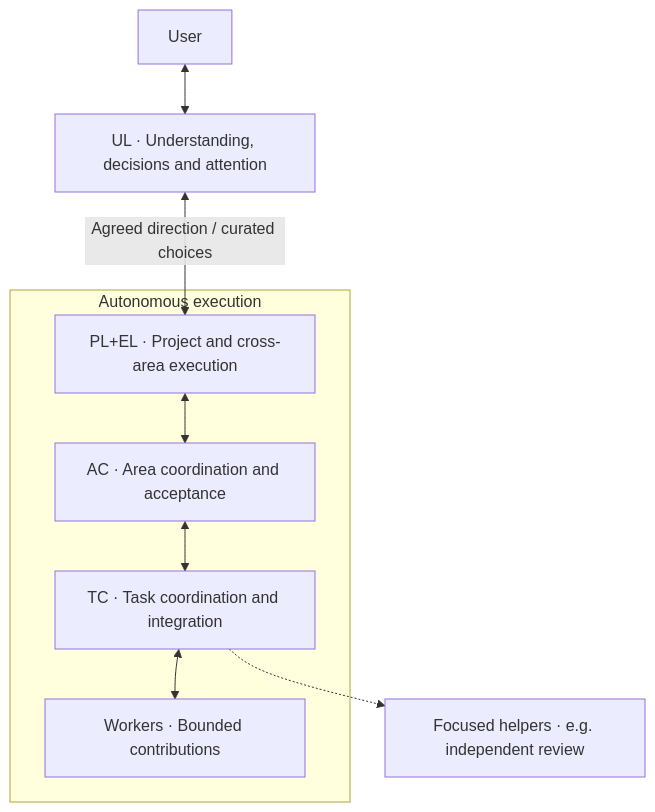
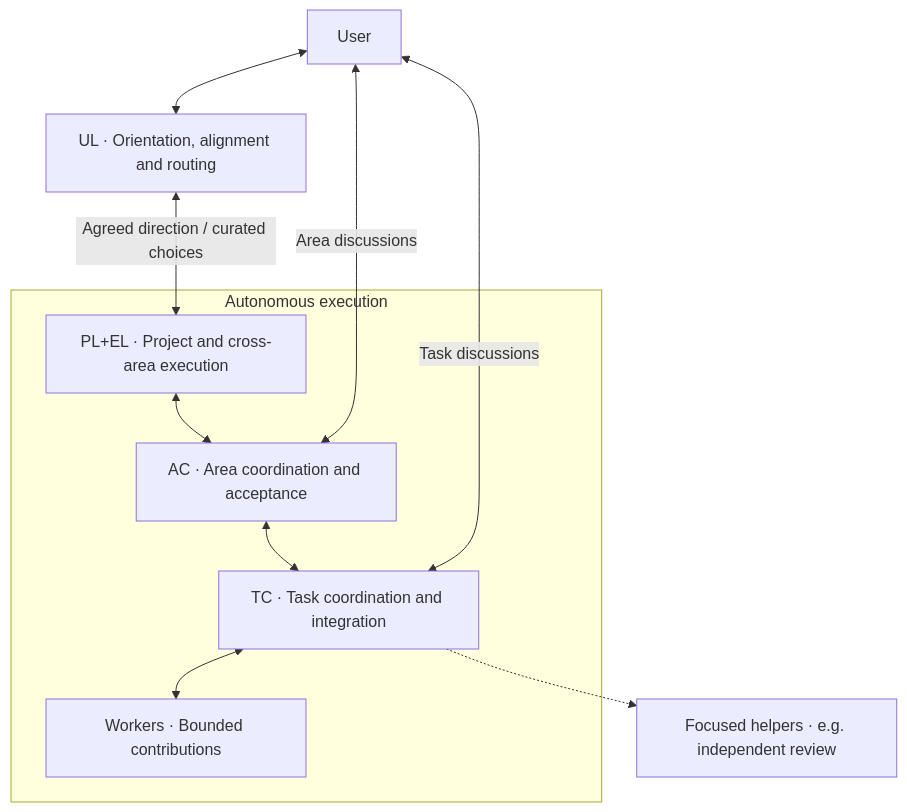
One commit to lleisner/agent-workflow changed the diagram in README.md. Above: the diagram before and after it, drawn with Mermaid. The commit also changed other lines of this file and 18 other files, not shown here.

Commit message:
Route focused user discussions to owners and clarify reports

````diff
--- a/README.md
+++ b/README.md
@@ -66,13 +66,15 @@
 ```mermaid
 flowchart TD
-    U[User] <--> UL["UL · Understanding, decisions and attention"]
+    U[User] <--> UL["UL · Orientation, alignment and routing"]
     UL <-->|Agreed direction / curated choices| Lead
     subgraph Execution[Autonomous execution]
         Lead["PL+EL · Project and cross-area execution"]
         Lead <--> AC["AC · Area coordination and acceptance"]
         AC <--> TC["TC · Task coordination and integration"]
         TC <--> W["Workers · Bounded contributions"]
     end
+    U <-->|Area discussions| AC
+    U <-->|Task discussions| TC
     Helper["Focused helpers · e.g. independent review"]
     TC -.-> Helper
 ```
````
